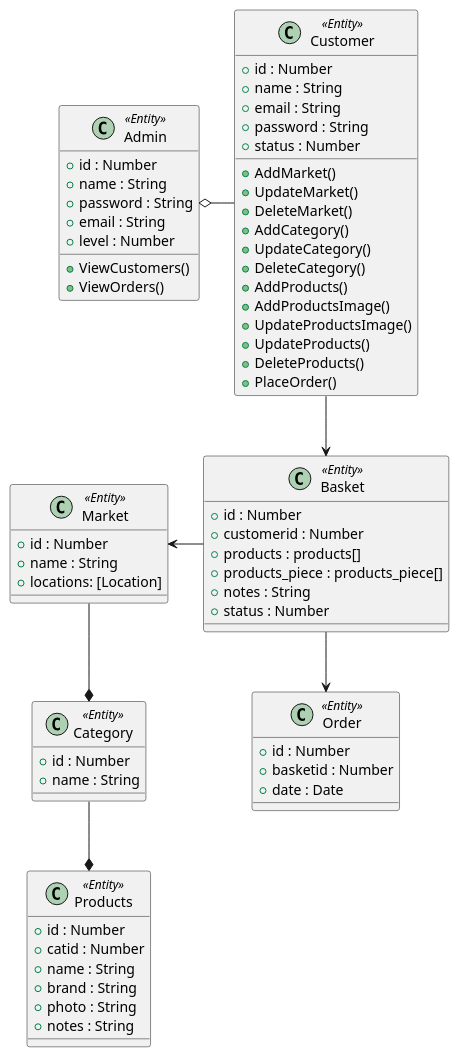
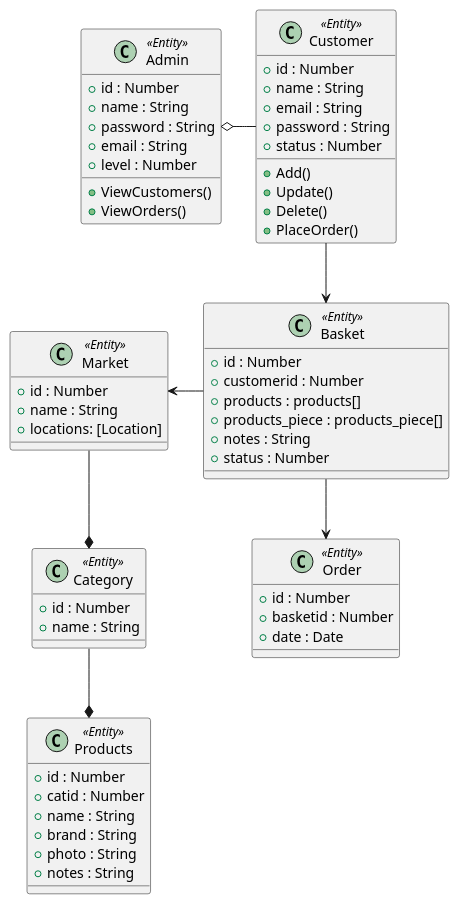
The diagram in class-diagram.puml (panodes/desktop-tutorial), drawn with PlantUML before and after one commit.

```diff
--- a/class-diagram.puml
+++ b/class-diagram.puml
@@ -1,74 +1,66 @@
 @startuml "Class Diagram"
 
 class Admin << Entity >> {
     + id : Number
     + name : String
     + password : String
     + email : String
     + level : Number
     + ViewCustomers()
     + ViewOrders()
 }
 
 class Customer << Entity >> {
     + id : Number
     + name : String
     + email : String
     + password : String
     + status : Number
-    + AddMarket()
-    + UpdateMarket()
-    + DeleteMarket()
-    + AddCategory()
-    + UpdateCategory()
-    + DeleteCategory()
-    + AddProducts()
-    + AddProductsImage()
-    + UpdateProductsImage()
-    + UpdateProducts()
-    + DeleteProducts()
+    + Add()
+    + Update()
+    + Delete()
     + PlaceOrder()
 }
 
 class Market << Entity >> {
     + id : Number
     + name : String
     + locations: [Location]
 }
 
 class Category << Entity >> {
     + id : Number
     + name : String
 }
 
 class Products << Entity >> {
     + id : Number
     + catid : Number
     + name : String
     + brand : String
     + photo : String
     + notes : String
 }
 
 class Basket << Entity >> {
     + id : Number
     + customerid : Number
     + products : products[]
     + products_piece : products_piece[]
     + notes : String
     + status : Number
 }
 
 class Order << Entity >> { 
     + id : Number
     + basketid : Number
     + date : Date
 }
 Customer -left-o Admin
 Category *-up- Market
 Products *-up- Category
 Customer --> Basket
 Basket --> Order
 Basket -left-> Market
 
 @enduml
```
